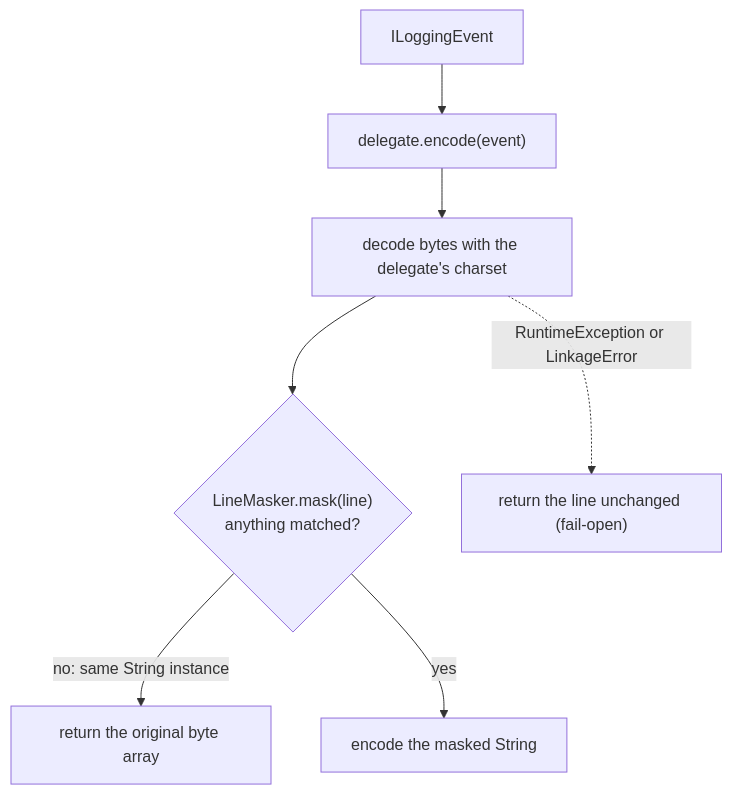
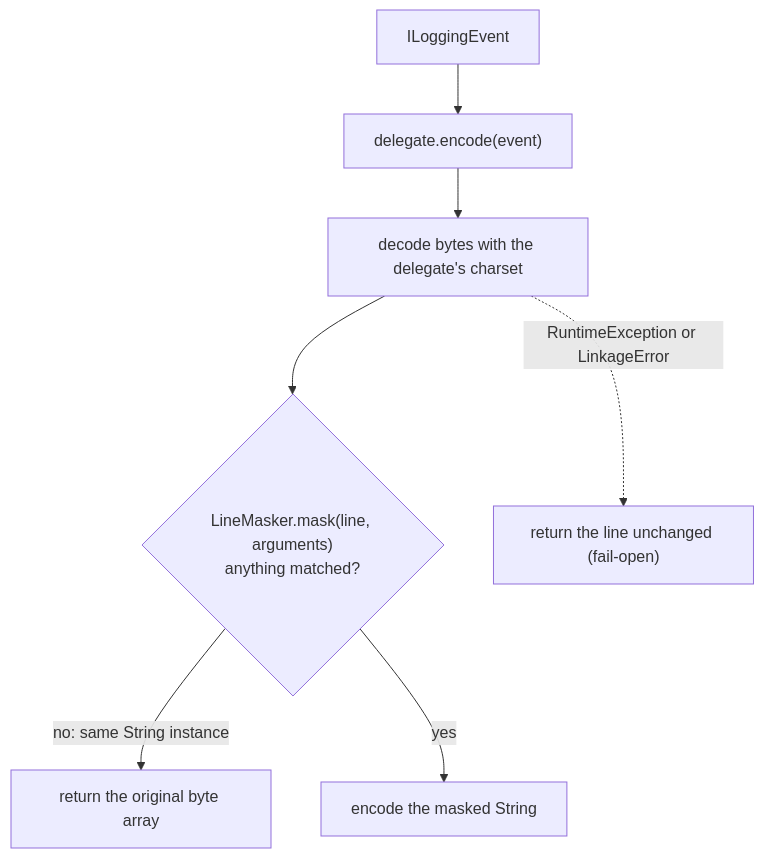
Before and after one commit to laipan009/log-masking-spring-boot-starter: the fifth of 6 diagrams in docs/architecture.md, drawn with Mermaid. The commit also changed other lines of this file and 35 other files, not shown here.

````diff
--- a/docs/architecture.md
+++ b/docs/architecture.md
@@ -161,9 +332,9 @@
 ```mermaid
 flowchart TD
   e["ILoggingEvent"] --> d["delegate.encode(event)"]
   d --> s["decode bytes with the delegate's charset"]
-  s --> m{"LineMasker.mask(line)<br/>anything matched?"}
+  s --> m{"LineMasker.mask(line, arguments)<br/>anything matched?"}
   m -->|"no: same String instance"| raw["return the original byte array"]
   m -->|"yes"| enc2["encode the masked String"]
   s -.->|"RuntimeException or LinkageError"| fo["return the line unchanged (fail-open)"]
 ```
````
